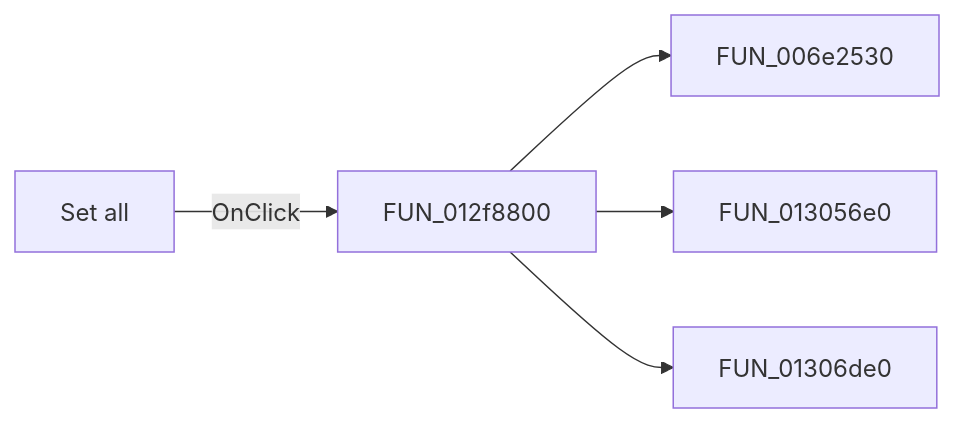
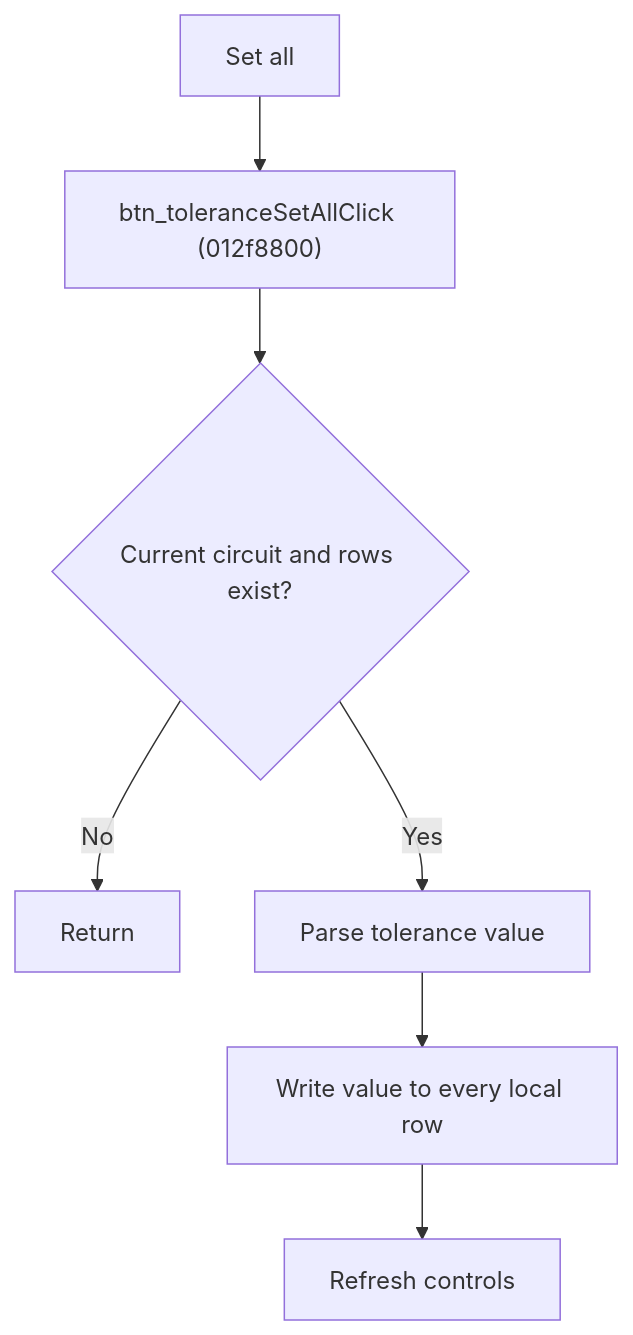
The diagram in docs/ui-controls/frmmodeltestbencheditor/btn-tolerancesetall-6650d23365.md (MovGP0/TIARA), drawn with Mermaid before and after one commit. The commit also changed other lines of this file and 387 other files, not shown here.

````diff
--- a/docs/ui-controls/frmmodeltestbencheditor/btn-tolerancesetall-6650d23365.md
+++ b/docs/ui-controls/frmmodeltestbencheditor/btn-tolerancesetall-6650d23365.md
@@ -27,7 +29,9 @@
 ```mermaid
-flowchart LR
-    control["Set all"] -->|OnClick| handler["FUN_012f8800"]
-    handler --> call1["FUN_006e2530"]
-    handler --> call2["FUN_013056e0"]
-    handler --> call3["FUN_01306de0"]
+flowchart TD
+    control["Set all"] --> handler["btn_toleranceSetAllClick (012f8800)"]
+    handler --> valid{"Current circuit and rows exist?"}
+    valid -->|No| stop["Return"]
+    valid -->|Yes| parse["Parse tolerance value"]
+    parse --> apply["Write value to every local row"]
+    apply --> refresh["Refresh controls"]
 ```
````
